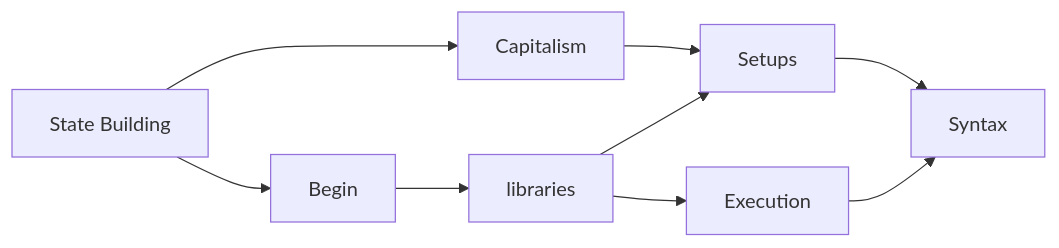
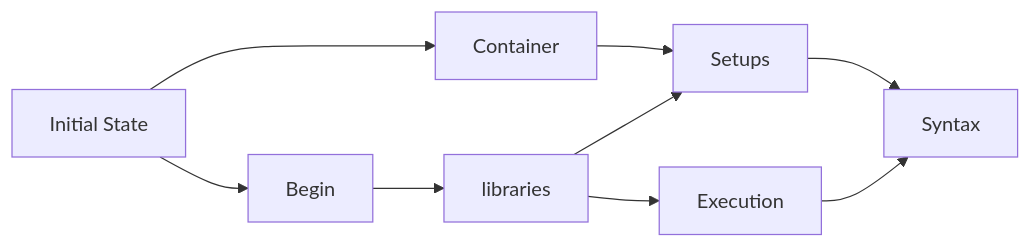
One commit to developmentAC/myNotes changed the first of 2 diagrams in README.md. Above: the diagram before and after it, drawn with Mermaid.

Commit message:
add changes

````diff
--- a/README.md
+++ b/README.md
@@ -3,12 +3,12 @@
 ```mermaid
 flowchart LR
 
-A[State Building] --> B[Capitalism]
+A[Initial State] --> B[Container]
 A --> C[Begin]
 B --> D[Setups]
 C --> E[libraries]
 E --> D
 D --> F[Syntax]
 E --> G[Execution]
 G --> F
 ```
````
